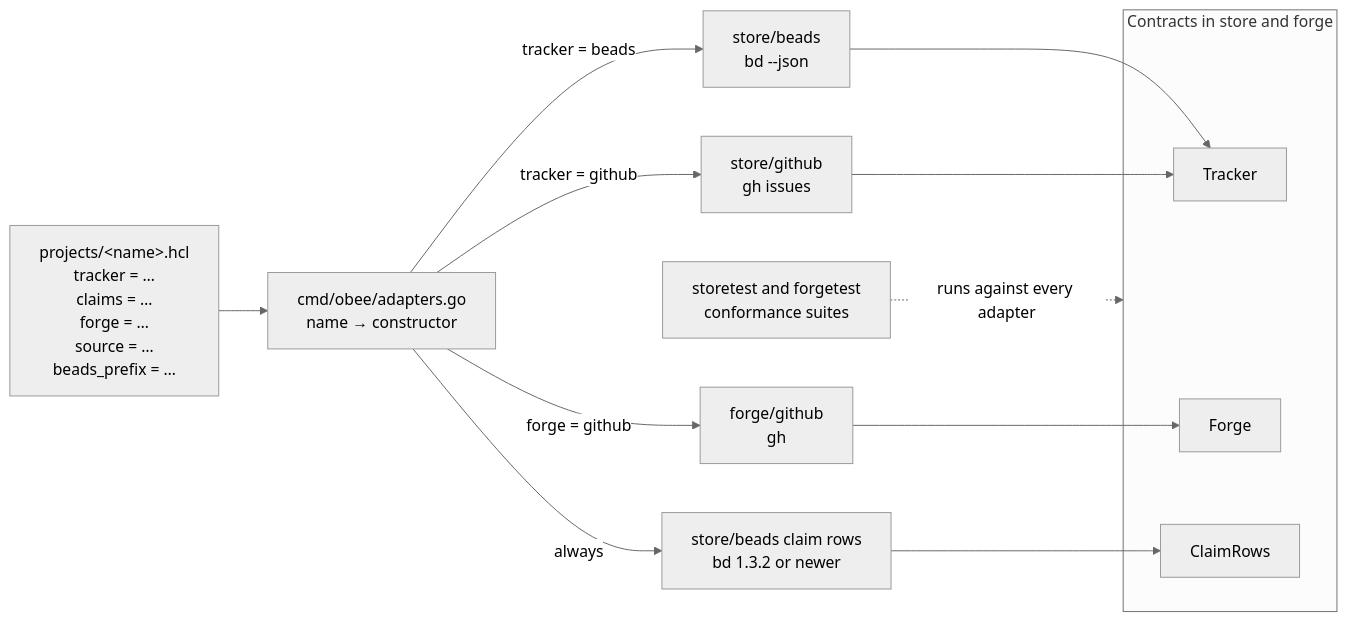
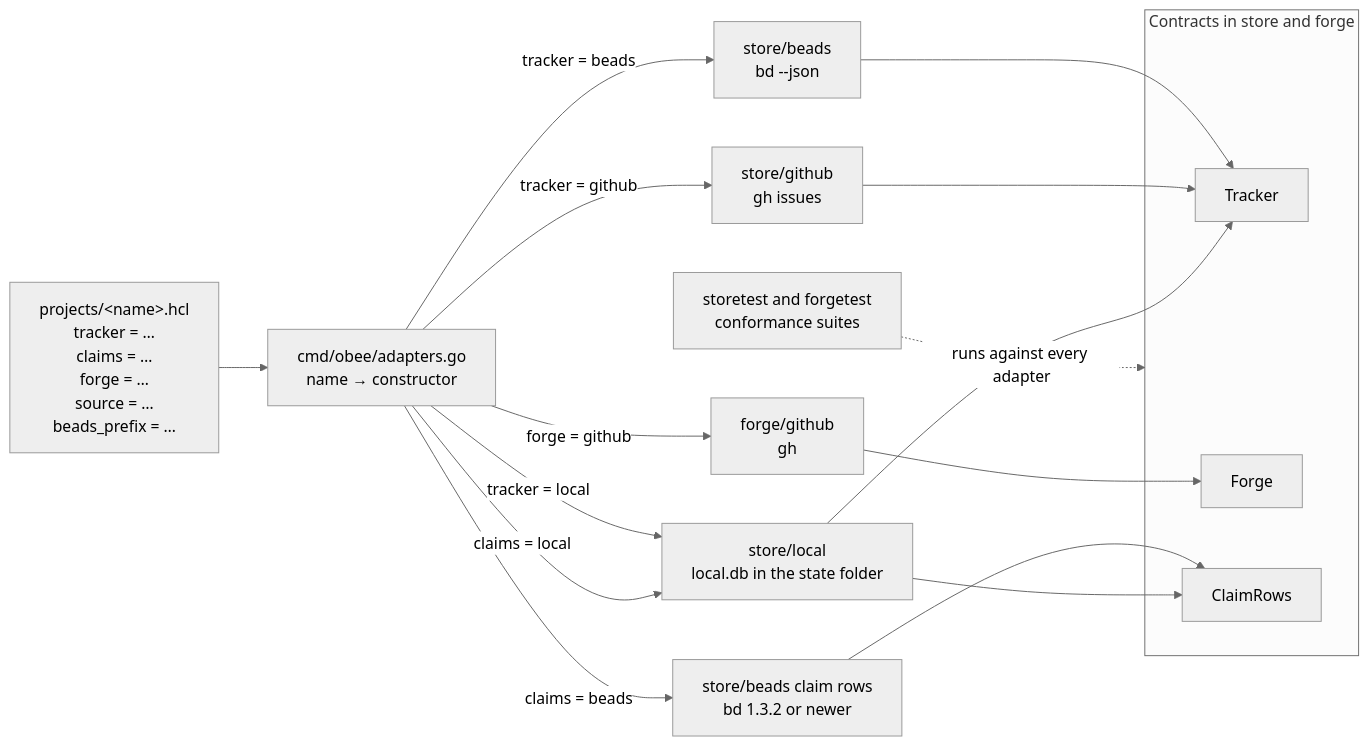
One commit to tobocop2/beehave changed the second of 3 diagrams in docs/architecture.md. Above: the diagram before and after it, drawn with Mermaid (neutral theme). The commit also changed other lines of this file and 36 other files, not shown here.

First line of the commit message:
Run a project with no forge, tracker or beads

````diff
--- a/docs/architecture.md
+++ b/docs/architecture.md
@@ -122,29 +126,34 @@
 ```mermaid
 flowchart LR
     project["projects/&lt;name&gt;.hcl<br/>tracker = …<br/>claims = …<br/>forge = …<br/>source = …<br/>beads_prefix = …"]
     table["cmd/obee/adapters.go<br/>name → constructor"]
 
     subgraph contracts["Contracts in store and forge"]
         Tracker
         Forge
         ClaimRows
     end
 
     beads["store/beads<br/>bd --json"]
     ghissues["store/github<br/>gh issues"]
     github["forge/github<br/>gh"]
     lease["store/beads claim rows<br/>bd 1.3.2 or newer"]
+    localdb["store/local<br/>local.db in the state folder"]
 
     project --> table
     table -- "tracker = beads" --> beads
     table -- "tracker = github" --> ghissues
+    table -- "tracker = local" --> localdb
     table -- "forge = github" --> github
-    table -- "always" --> lease
+    table -- "claims = beads" --> lease
+    table -- "claims = local" --> localdb
 
     beads --> Tracker
     ghissues --> Tracker
+    localdb --> Tracker
     github --> Forge
     lease --> ClaimRows
+    localdb --> ClaimRows
 
     suite["storetest and forgetest<br/>conformance suites"] -. "runs against every adapter" .-> contracts
 ```
````
